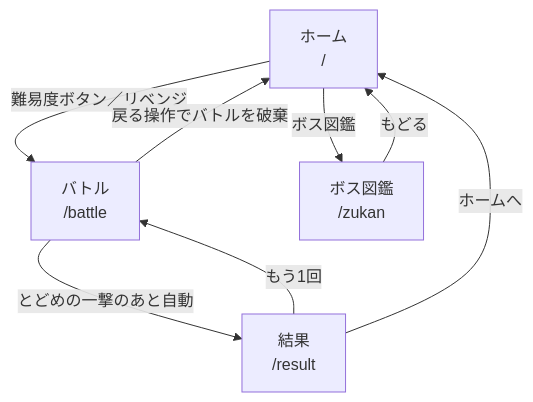
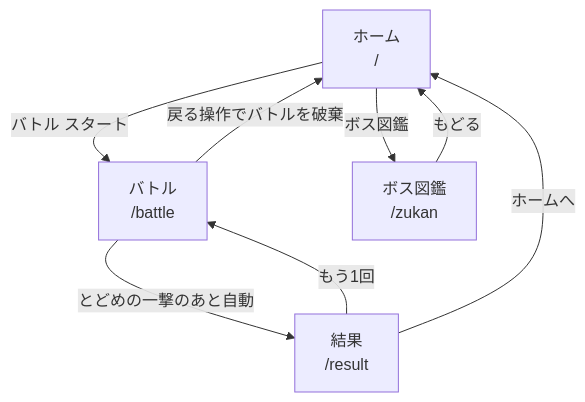
Before and after one commit to koekoebaborak27/typing-monster-sp: the diagram in docs/specs/02_basic-design/画面遷移図.01.mmd, drawn with Mermaid. The commit also changed 24 other files, not shown here.

```diff
--- a/docs/specs/02_basic-design/画面遷移図.01.mmd
+++ b/docs/specs/02_basic-design/画面遷移図.01.mmd
@@ -1,14 +1,14 @@
 %%{init: {'theme':'default','themeVariables':{'fontFamily':"'Noto Sans CJK JP', sans-serif"},'flowchart':{'nodeSpacing':50,'rankSpacing':85,'padding':12}}}%%
 flowchart TB
   home["ホーム<br/>/"]
   battle["バトル<br/>/battle"]
   result["結果<br/>/result"]
   zukan["ボス図鑑<br/>/zukan"]
 
-  home -->|難易度ボタン／リベンジ| battle
+  home -->|バトル スタート| battle
   home -->|ボス図鑑| zukan
   zukan -->|もどる| home
   battle -->|とどめの一撃のあと自動| result
   battle -->|戻る操作でバトルを破棄| home
   result -->|もう1回| battle
   result -->|ホームへ| home
```
